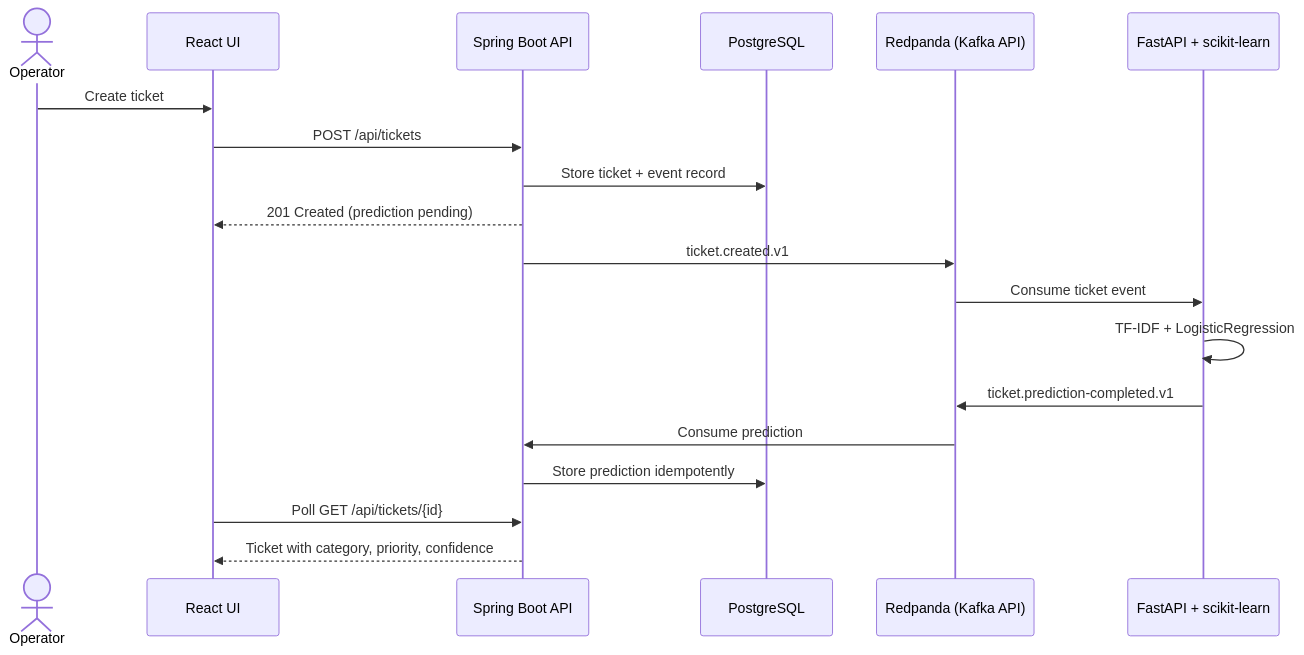
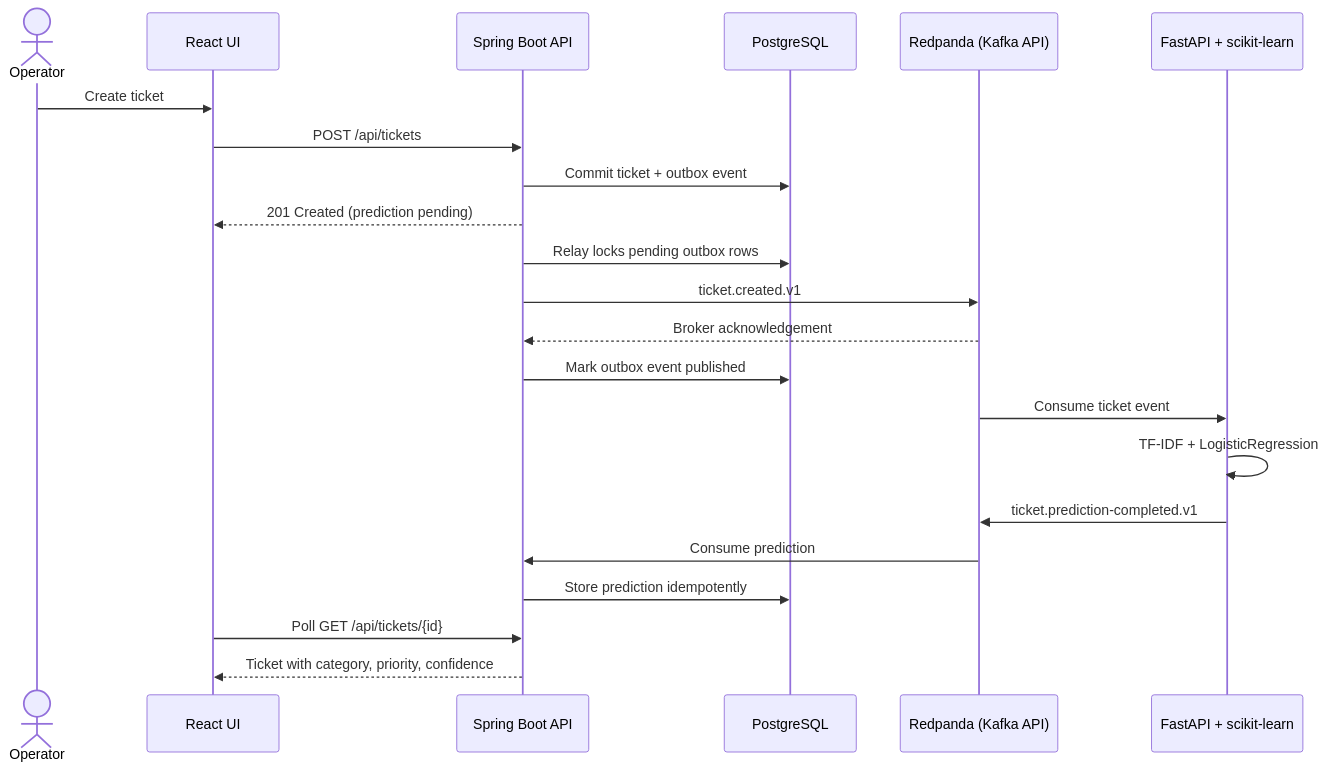
Before and after one commit to YevhenKoval01/serviceops-intelligence-platform: the diagram in README.md, drawn with Mermaid. The commit also changed other lines of this file and 15 other files, not shown here.

Commit message:
feat: add durable ticket event outbox relay

````diff
--- a/README.md
+++ b/README.md
@@ -21,22 +21,25 @@
 ```mermaid
 sequenceDiagram
     actor Operator
     participant UI as React UI
     participant API as Spring Boot API
     participant DB as PostgreSQL
     participant Kafka as Redpanda (Kafka API)
     participant ML as FastAPI + scikit-learn
 
     Operator->>UI: Create ticket
     UI->>API: POST /api/tickets
-    API->>DB: Store ticket + event record
+    API->>DB: Commit ticket + outbox event
     API-->>UI: 201 Created (prediction pending)
+    API->>DB: Relay locks pending outbox rows
     API->>Kafka: ticket.created.v1
+    Kafka-->>API: Broker acknowledgement
+    API->>DB: Mark outbox event published
     Kafka->>ML: Consume ticket event
     ML->>ML: TF-IDF + LogisticRegression
     ML->>Kafka: ticket.prediction-completed.v1
     Kafka->>API: Consume prediction
     API->>DB: Store prediction idempotently
     UI->>API: Poll GET /api/tickets/{id}
     API-->>UI: Ticket with category, priority, confidence
 ```
````
